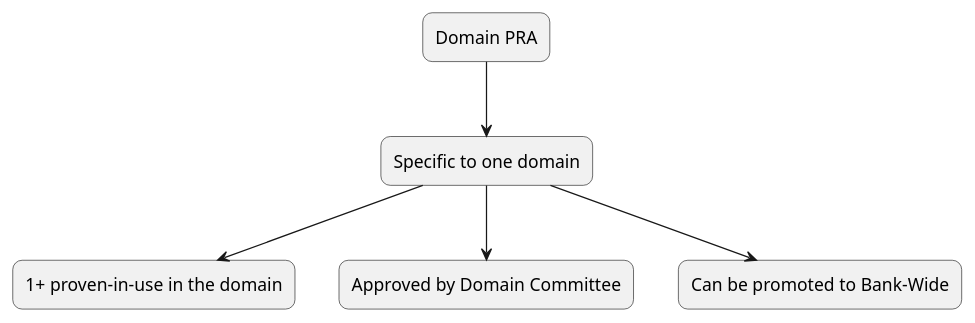
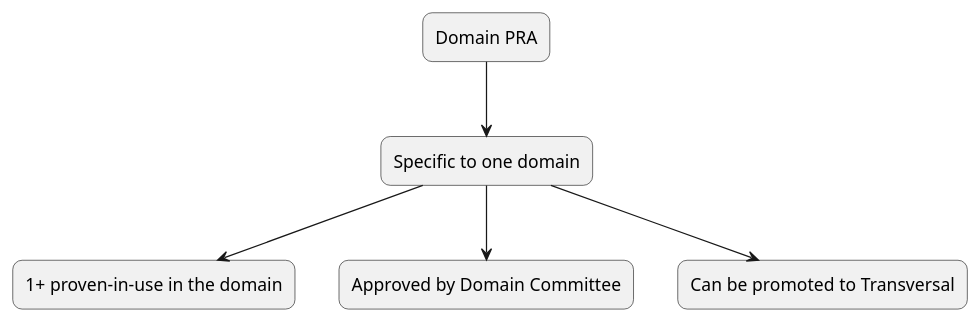
Before and after one commit to KiyaliHQ/proven-reusable-architecture: the second of 6 diagrams in content/guides/en/understanding-pra.adoc, drawn with PlantUML. The commit also changed other lines of this file and 98 other files, not shown here.

```diff
--- a/content/guides/en/understanding-pra.adoc
+++ b/content/guides/en/understanding-pra.adoc
@@ -126,16 +126,16 @@
 [plantuml]
 ----
 @startuml
 top to bottom direction
 skinparam rectangleRoundCorner 15
 rectangle "Domain PRA" as A
 rectangle "Specific to one domain" as B
 rectangle "1+ proven-in-use in the domain" as C
 rectangle "Approved by Domain Committee" as D
-rectangle "Can be promoted to Bank-Wide" as E
+rectangle "Can be promoted to Transversal" as E
 A --> B
 B --> C
 B --> D
 B --> E
 @enduml
 ----
```
